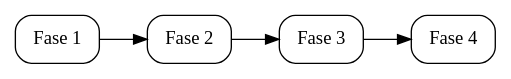
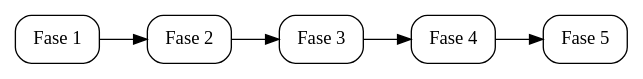
The diagram in docs/dominios/institucional/ordem_carga.md (prefeiturasp/SME-IntegracaoEOL-MS-ETL), drawn with Graphviz before and after one commit. The commit also changed other lines of this file and 29 other files, not shown here.

````diff
--- a/docs/dominios/institucional/ordem_carga.md
+++ b/docs/dominios/institucional/ordem_carga.md
@@ -19,13 +22,14 @@
 ```{graphviz}
 digraph G {
     rankdir=LR;
     node [shape=box, style="rounded"];
 
     F1 [label="Fase 1"];
     F2 [label="Fase 2"];
     F3 [label="Fase 3"];
     F4 [label="Fase 4"];
+    F5 [label="Fase 5"];
 
-    F1 -> F2 -> F3 -> F4;
+    F1 -> F2 -> F3 -> F4 -> F5;
 }
 ```
````
